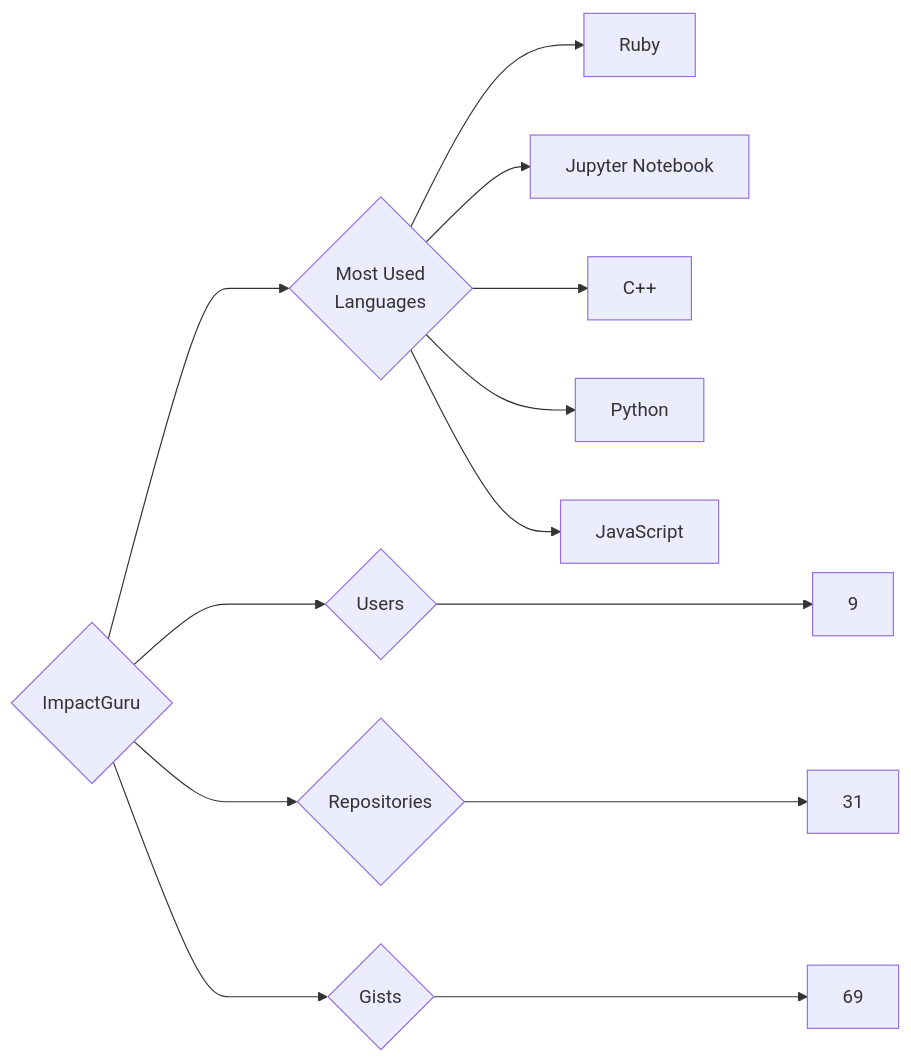
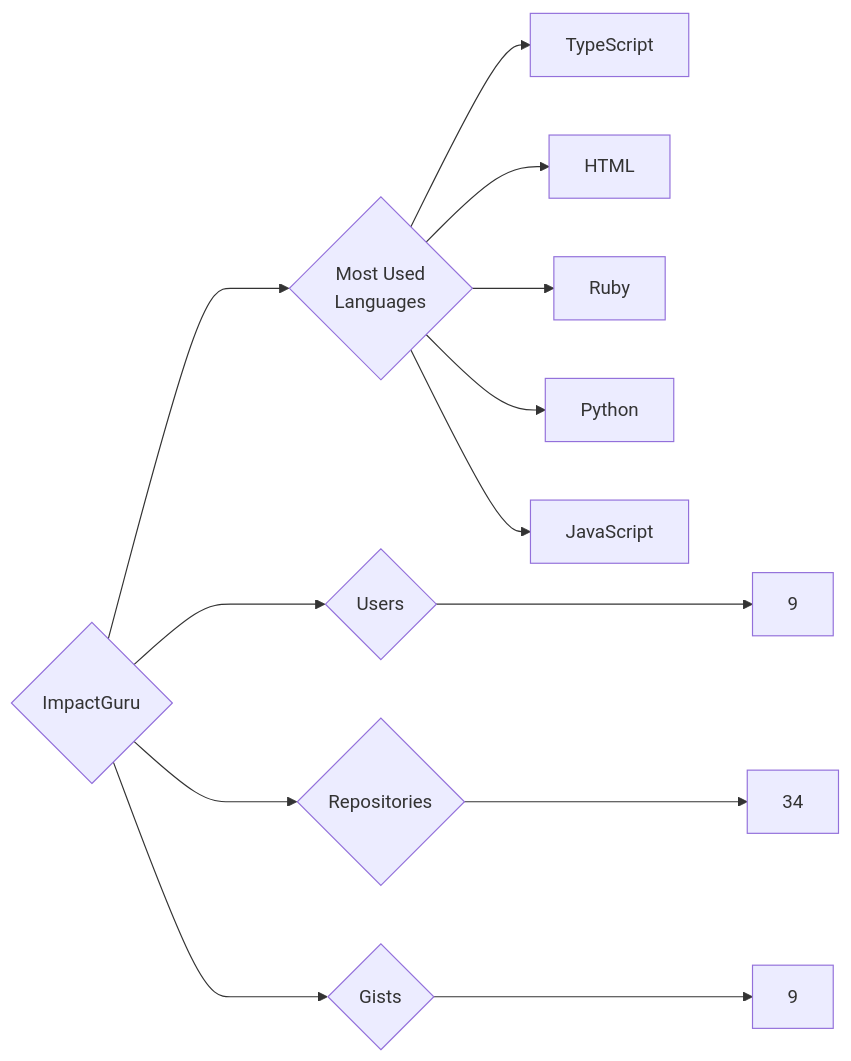
One commit to trickest/insiders changed the diagram in targets/ImpactGuru/README.md. Above: the diagram before and after it, drawn with Mermaid. The commit also changed 773 other files, not shown here.

````diff
--- a/targets/ImpactGuru/README.md
+++ b/targets/ImpactGuru/README.md
@@ -3,13 +3,13 @@
 ```mermaid
 graph LR
 COMPANY_NAME{ImpactGuru}
 COMPANY_NAME ---> U{Users} ---> UN[9]
-COMPANY_NAME ---> R{Repositories} ---> RN[31]
-COMPANY_NAME ---> G{Gists} ---> GN[69]
+COMPANY_NAME ---> R{Repositories} ---> RN[34]
+COMPANY_NAME ---> G{Gists} ---> GN[9]
 COMPANY_NAME ---> ML{Most Used<br>Languages}
+ML --> TypeScript[TypeScript]
+ML --> HTML[HTML]
 ML --> Ruby[Ruby]
-ML --> Jupyter_Notebook[Jupyter Notebook]
-ML --> C++[C++]
 ML --> Python[Python]
 ML --> JavaScript[JavaScript]
 ```
````
